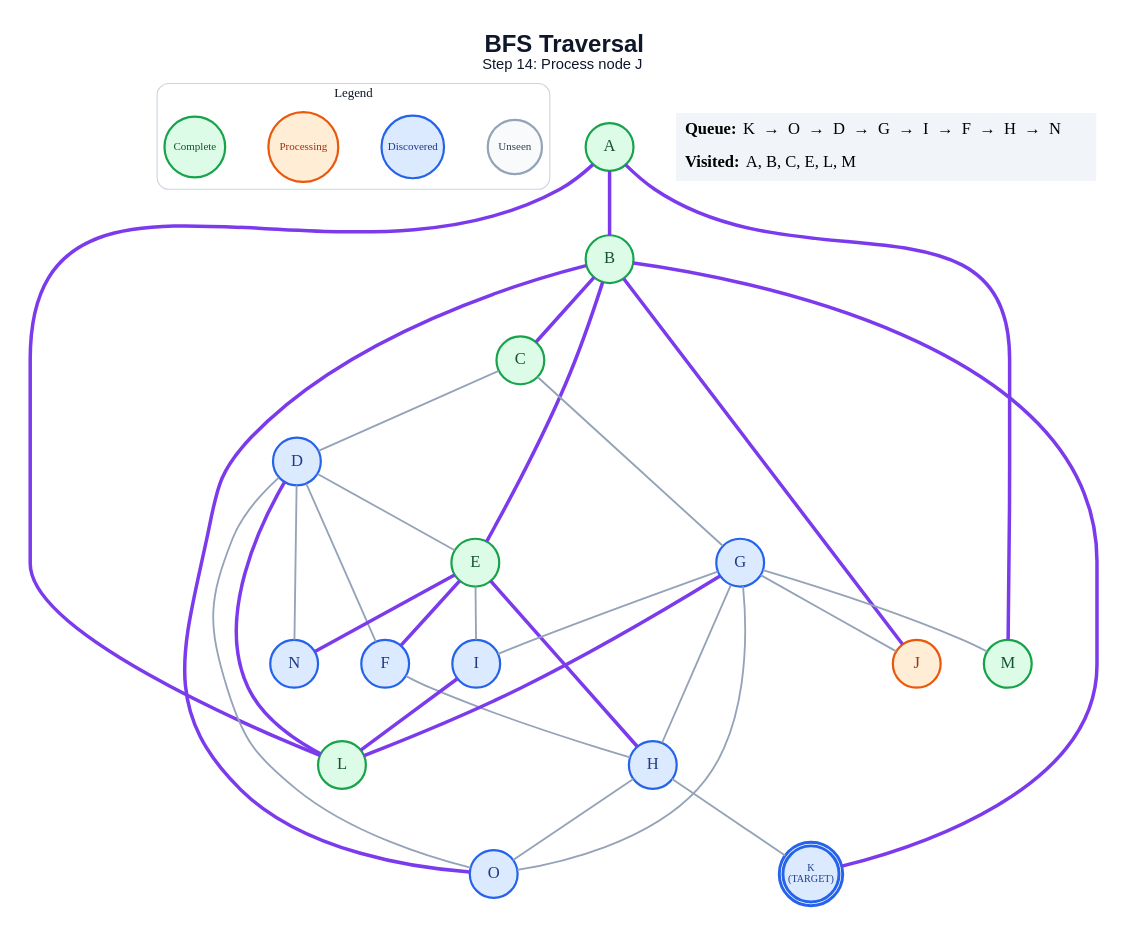
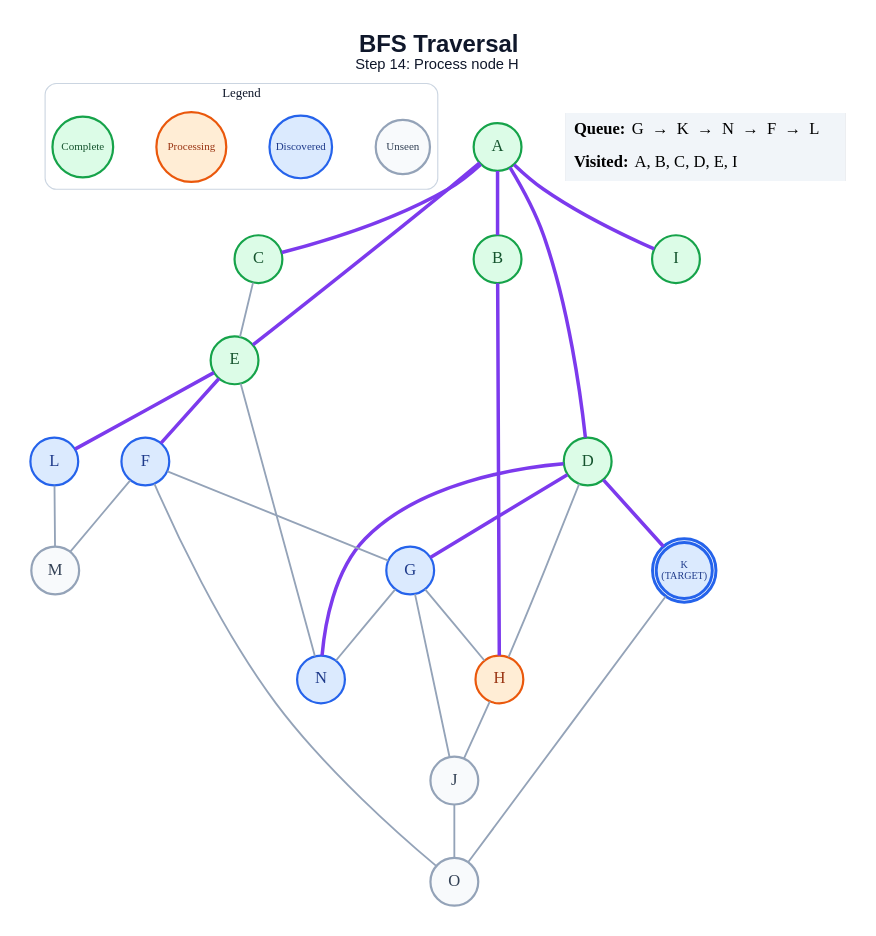
One commit to anon7238593-create/ai-slop changed the diagram in generated/specific-node/bfs/step_14.dot. Above: the diagram before and after it, drawn with Graphviz. The commit also changed 239 other files, not shown here.

```diff
--- a/generated/specific-node/bfs/step_14.dot
+++ b/generated/specific-node/bfs/step_14.dot
@@ -1,63 +1,58 @@
 graph traversal {
   graph [layout=dot, rankdir=TB, bgcolor="#FFFFFF", pad="0.35", nodesep="0.65", ranksep="0.8", fontname="Arial"];
   node [shape=circle, style="filled", fontname="Arial Bold", fontsize=18, width=0.72, fixedsize=true, penwidth=2.4];
   edge [color="#94A3B8", penwidth=2.0];
-  label=<<B>BFS Traversal</B><BR/><FONT POINT-SIZE="16">Step 14: Process node J</FONT>>; labelloc="t"; fontsize=26; fontname="Arial"; fontcolor="#0F172A";
+  label=<<B>BFS Traversal</B><BR/><FONT POINT-SIZE="16">Step 14: Process node H</FONT>>; labelloc="t"; fontsize=26; fontname="Arial"; fontcolor="#0F172A";
   subgraph cluster_legend { label="Legend"; color="#CBD5E1"; penwidth=1.2; style="rounded"; fontsize=14; fontname="Arial Bold";
     key_unseen [label="Unseen", fillcolor="#F8FAFC", color="#94A3B8", fontcolor="#334155", fontsize=12, width=0.82];
     key_frontier [label="Discovered", fillcolor="#DBEAFE", color="#2563EB", fontcolor="#1E3A8A", fontsize=12, width=0.95];
     key_current [label="Processing", fillcolor="#FFEDD5", color="#EA580C", fontcolor="#9A3412", fontsize=12, width=1.05];
     key_done [label="Complete", fillcolor="#DCFCE7", color="#16A34A", fontcolor="#14532D", fontsize=12, width=0.92];
     { rank=same; key_unseen; key_frontier; key_current; key_done; }
   }
   A [label="A", fillcolor="#DCFCE7", color="#16A34A", fontcolor="#14532D", peripheries=1, penwidth=2.4];
   B [label="B", fillcolor="#DCFCE7", color="#16A34A", fontcolor="#14532D", peripheries=1, penwidth=2.4];
   C [label="C", fillcolor="#DCFCE7", color="#16A34A", fontcolor="#14532D", peripheries=1, penwidth=2.4];
-  D [label="D", fillcolor="#DBEAFE", color="#2563EB", fontcolor="#1E3A8A", peripheries=1, penwidth=2.4];
+  D [label="D", fillcolor="#DCFCE7", color="#16A34A", fontcolor="#14532D", peripheries=1, penwidth=2.4];
   E [label="E", fillcolor="#DCFCE7", color="#16A34A", fontcolor="#14532D", peripheries=1, penwidth=2.4];
   F [label="F", fillcolor="#DBEAFE", color="#2563EB", fontcolor="#1E3A8A", peripheries=1, penwidth=2.4];
   G [label="G", fillcolor="#DBEAFE", color="#2563EB", fontcolor="#1E3A8A", peripheries=1, penwidth=2.4];
-  H [label="H", fillcolor="#DBEAFE", color="#2563EB", fontcolor="#1E3A8A", peripheries=1, penwidth=2.4];
-  I [label="I", fillcolor="#DBEAFE", color="#2563EB", fontcolor="#1E3A8A", peripheries=1, penwidth=2.4];
-  J [label="J", fillcolor="#FFEDD5", color="#EA580C", fontcolor="#9A3412", peripheries=1, penwidth=2.4];
+  H [label="H", fillcolor="#FFEDD5", color="#EA580C", fontcolor="#9A3412", peripheries=1, penwidth=2.4];
+  I [label="I", fillcolor="#DCFCE7", color="#16A34A", fontcolor="#14532D", peripheries=1, penwidth=2.4];
+  J [label="J", fillcolor="#F8FAFC", color="#94A3B8", fontcolor="#334155", peripheries=1, penwidth=2.4];
   K [label="K\n(TARGET)", fillcolor="#DBEAFE", color="#2563EB", fontcolor="#1E3A8A", peripheries=2, penwidth=3.2, fontsize=11, width=0.85, height=0.85];
-  L [label="L", fillcolor="#DCFCE7", color="#16A34A", fontcolor="#14532D", peripheries=1, penwidth=2.4];
-  M [label="M", fillcolor="#DCFCE7", color="#16A34A", fontcolor="#14532D", peripheries=1, penwidth=2.4];
+  L [label="L", fillcolor="#DBEAFE", color="#2563EB", fontcolor="#1E3A8A", peripheries=1, penwidth=2.4];
+  M [label="M", fillcolor="#F8FAFC", color="#94A3B8", fontcolor="#334155", peripheries=1, penwidth=2.4];
   N [label="N", fillcolor="#DBEAFE", color="#2563EB", fontcolor="#1E3A8A", peripheries=1, penwidth=2.4];
-  O [label="O", fillcolor="#DBEAFE", color="#2563EB", fontcolor="#1E3A8A", peripheries=1, penwidth=2.4];
+  O [label="O", fillcolor="#F8FAFC", color="#94A3B8", fontcolor="#334155", peripheries=1, penwidth=2.4];
   A -- B [color="#7C3AED", penwidth=3.8];
-  A -- L [color="#7C3AED", penwidth=3.8];
-  A -- M [color="#7C3AED", penwidth=3.8];
-  B -- C [color="#7C3AED", penwidth=3.8];
-  B -- E [color="#7C3AED", penwidth=3.8];
-  B -- J [color="#7C3AED", penwidth=3.8];
-  B -- K [color="#7C3AED", penwidth=3.8];
-  B -- O [color="#7C3AED", penwidth=3.8];
-  C -- D;
-  C -- G;
-  D -- E;
-  D -- F;
-  D -- L [color="#7C3AED", penwidth=3.8];
-  D -- N;
-  D -- O;
+  A -- C [color="#7C3AED", penwidth=3.8];
+  A -- D [color="#7C3AED", penwidth=3.8];
+  A -- E [color="#7C3AED", penwidth=3.8];
+  A -- I [color="#7C3AED", penwidth=3.8];
+  B -- H [color="#7C3AED", penwidth=3.8];
+  C -- E;
+  D -- G [color="#7C3AED", penwidth=3.8];
+  D -- H;
+  D -- K [color="#7C3AED", penwidth=3.8];
+  D -- N [color="#7C3AED", penwidth=3.8];
   E -- F [color="#7C3AED", penwidth=3.8];
-  E -- H [color="#7C3AED", penwidth=3.8];
-  E -- I;
-  E -- N [color="#7C3AED", penwidth=3.8];
-  F -- H;
+  E -- L [color="#7C3AED", penwidth=3.8];
+  E -- N;
+  F -- G;
+  F -- M;
+  F -- O;
   G -- H;
-  G -- I;
   G -- J;
-  G -- L [color="#7C3AED", penwidth=3.8];
-  G -- M;
-  G -- O;
-  H -- K;
-  H -- O;
-  I -- L [color="#7C3AED", penwidth=3.8];
+  G -- N;
+  H -- J;
+  J -- O;
+  K -- O;
+  L -- M;
   status [shape=plain, fixedsize=false, width=0, height=0, margin=0, label=<
     <TABLE BORDER="0" CELLBORDER="0" CELLPADDING="7" BGCOLOR="#F1F5F9">
-      <TR><TD ALIGN="LEFT"><B>Queue:</B> K  →  O  →  D  →  G  →  I  →  F  →  H  →  N</TD></TR>
-      <TR><TD ALIGN="LEFT"><B>Visited:</B> A, B, C, E, L, M</TD></TR>
+      <TR><TD ALIGN="LEFT"><B>Queue:</B> G  →  K  →  N  →  F  →  L</TD></TR>
+      <TR><TD ALIGN="LEFT"><B>Visited:</B> A, B, C, D, E, I</TD></TR>
     </TABLE>
   >];
 }
```
